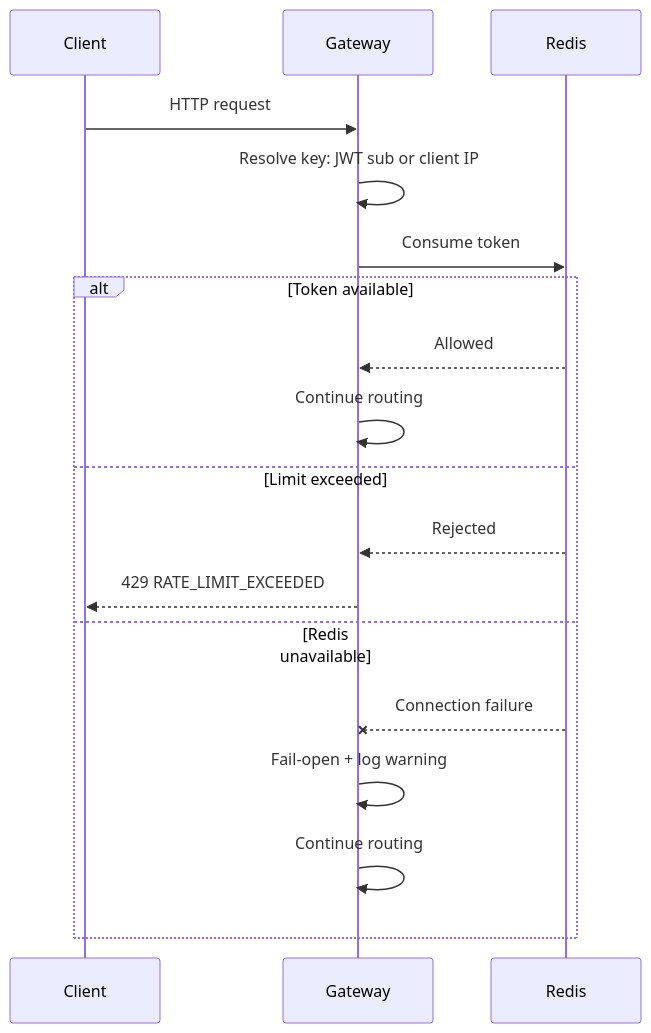
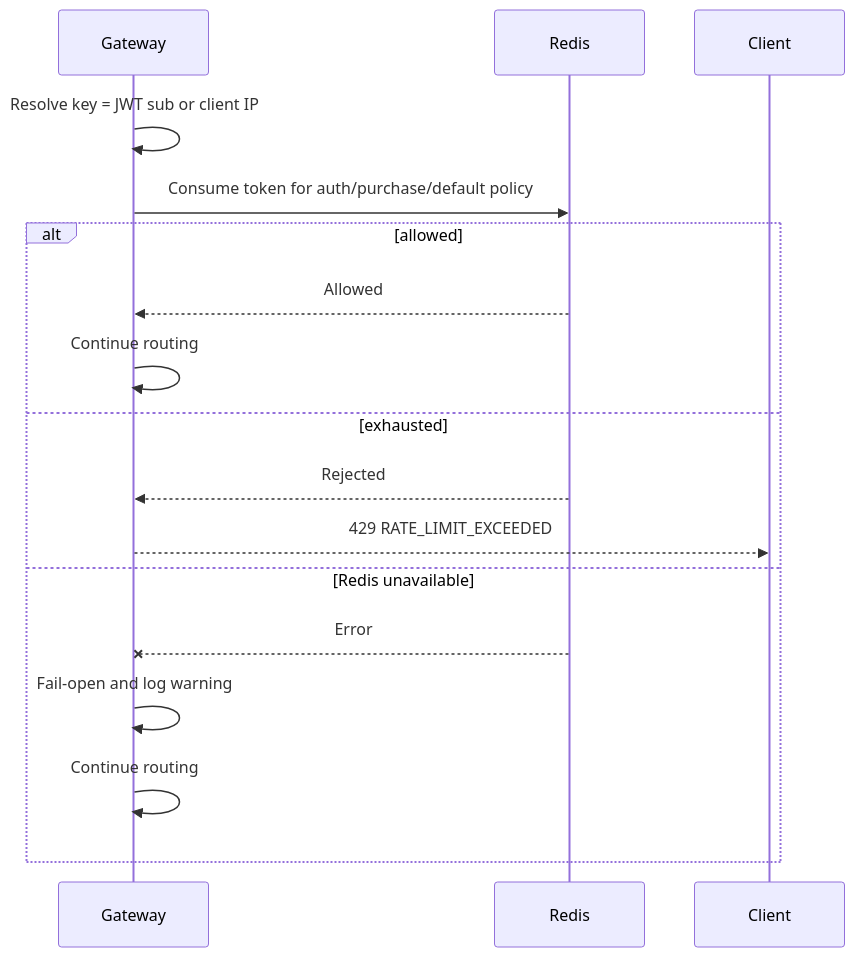
Before and after one commit to software-design-138gogo/tickefy-backend: the fourth of 4 diagrams in docs/contracts/flows/api-gateway-flow.md, drawn with Mermaid. The commit also changed other lines of this file and 1 other file, not shown here.

Commit message:
docs(gateway): update API gateway contracts

````diff
--- a/docs/contracts/flows/api-gateway-flow.md
+++ b/docs/contracts/flows/api-gateway-flow.md
@@ -298,21 +139,19 @@
 ```mermaid
 sequenceDiagram
-    participant Client
     participant Gateway
     participant Redis
 
-    Client->>Gateway: HTTP request
-    Gateway->>Gateway: Resolve key: JWT sub or client IP
-    Gateway->>Redis: Consume token
-    alt Token available
+    Gateway->>Gateway: Resolve key = JWT sub or client IP
+    Gateway->>Redis: Consume token for auth/purchase/default policy
+    alt allowed
         Redis-->>Gateway: Allowed
         Gateway->>Gateway: Continue routing
-    else Limit exceeded
+    else exhausted
         Redis-->>Gateway: Rejected
         Gateway-->>Client: 429 RATE_LIMIT_EXCEEDED
     else Redis unavailable
-        Redis--xGateway: Connection failure
-        Gateway->>Gateway: Fail-open + log warning
+        Redis--xGateway: Error
+        Gateway->>Gateway: Fail-open and log warning
         Gateway->>Gateway: Continue routing
     end
 ```
````
